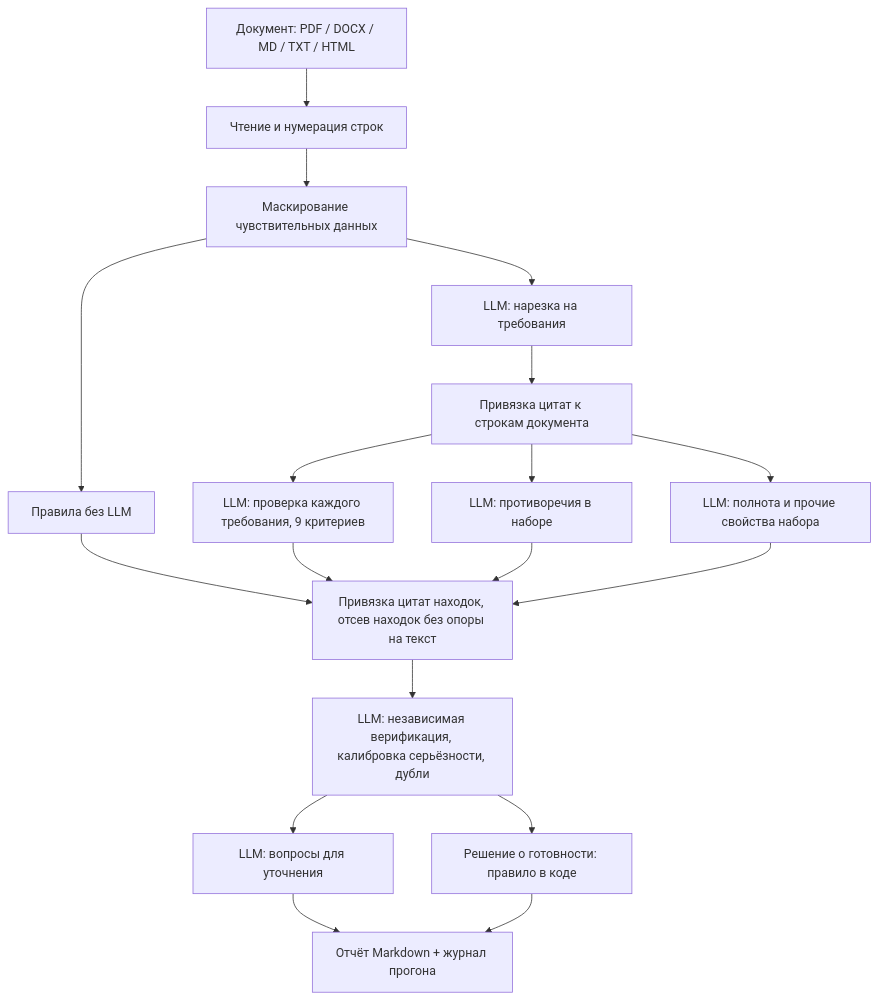
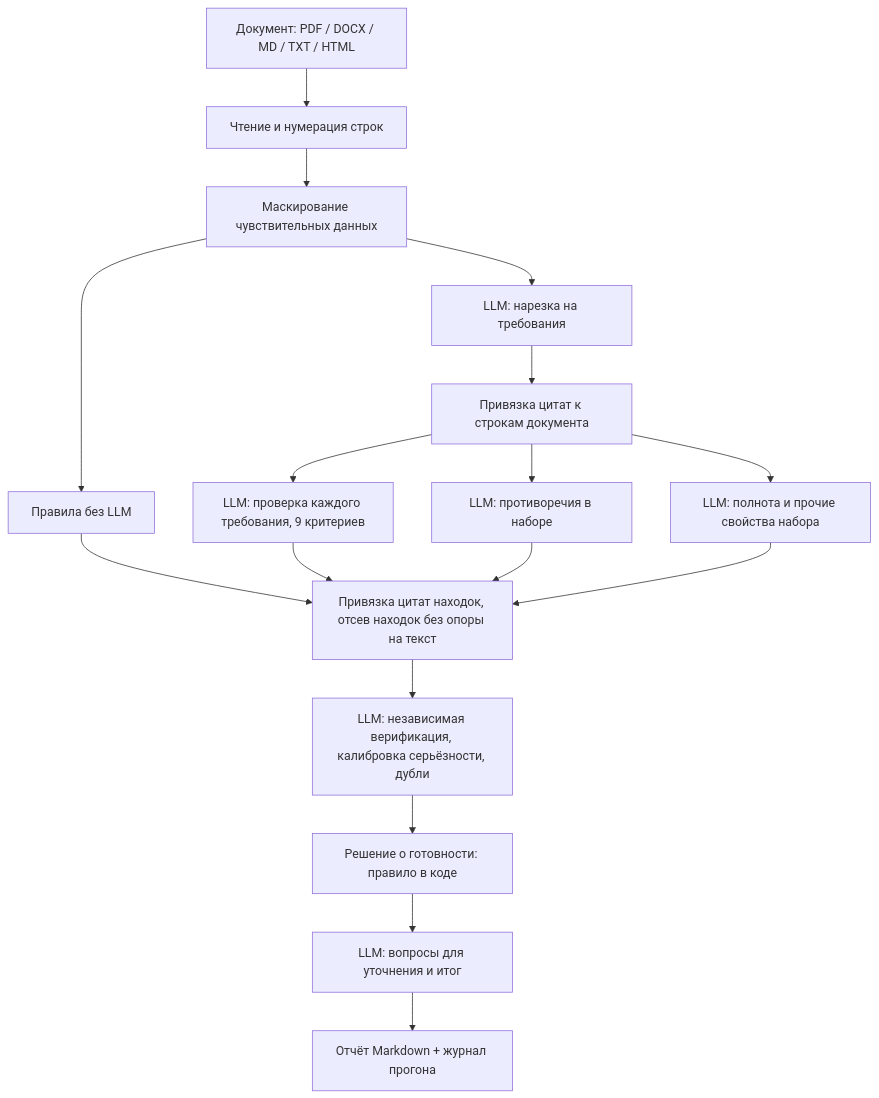
The diagram in README.md (i-oeng/bcc-ai), drawn with Mermaid before and after one commit. The commit also changed other lines of this file and 2 other files, not shown here.

````diff
--- a/README.md
+++ b/README.md
@@ -50,16 +54,16 @@
 ```mermaid
 flowchart TD
     A[Документ: PDF / DOCX / MD / TXT / HTML] --> B[Чтение и нумерация строк]
     B --> C[Маскирование чувствительных данных]
     C --> D[LLM: нарезка на требования]
     D --> E[Привязка цитат к строкам документа]
     C --> F[Правила без LLM]
     E --> G[LLM: проверка каждого требования, 9 критериев]
     E --> H[LLM: противоречия в наборе]
     E --> I[LLM: полнота и прочие свойства набора]
     F & G & H & I --> J[Привязка цитат находок, отсев находок без опоры на текст]
     J --> K[LLM: независимая верификация, калибровка серьёзности, дубли]
-    K --> L[LLM: вопросы для уточнения]
     K --> M[Решение о готовности: правило в коде]
-    L & M --> N[Отчёт Markdown + журнал прогона]
+    M --> L[LLM: вопросы для уточнения и итог]
+    L --> N[Отчёт Markdown + журнал прогона]
 ```
````
